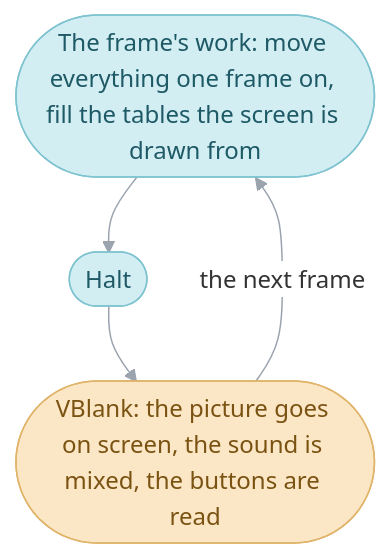
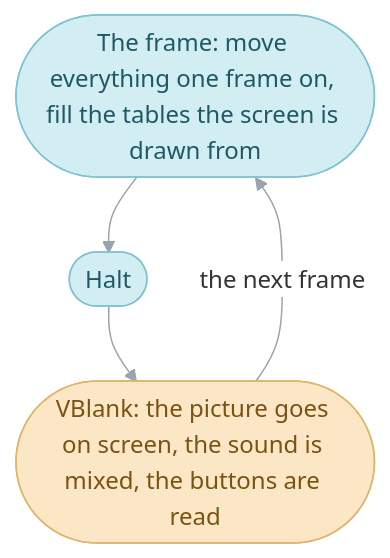
The second of 9 diagrams in games/tbs/README.md (PascalPixel/alchemy), drawn with Mermaid before and after one commit. The commit also changed other lines of this file and 1 other file, not shown here.

````diff
--- a/games/tbs/README.md
+++ b/games/tbs/README.md
@@ -110,11 +110,11 @@
 ```mermaid
 %%{init: {"theme": "base", "themeVariables": {"lineColor": "#9AA3AE", "edgeLabelBackground": "#FFFFFF"}, "flowchart": {"curve": "basis", "padding": 12}}}%%
 flowchart TD
-  work(["The frame's work: move everything one frame on, fill the tables the screen is drawn from"]) --> halt(["Halt"])
+  work(["The frame: move everything one frame on, fill the tables the screen is drawn from"]) --> halt(["Halt"])
   halt --> vblank(["VBlank: the picture goes on screen, the sound is mixed, the buttons are read"])
   vblank -- "the next frame" --> work
   classDef frame fill:#D2EEF3,stroke:#7FC3D0,color:#1E5966
   classDef hardware fill:#FBE7C6,stroke:#E0B46A,color:#7A5212
   class work,halt frame
   class vblank hardware
 ```
````
